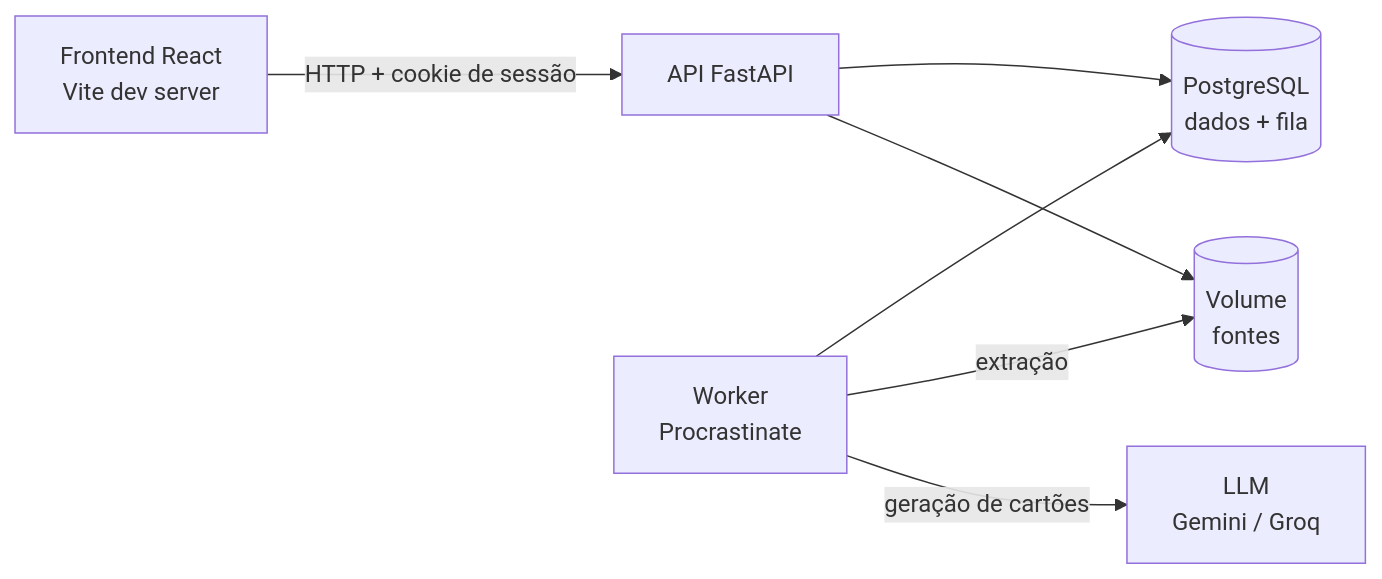
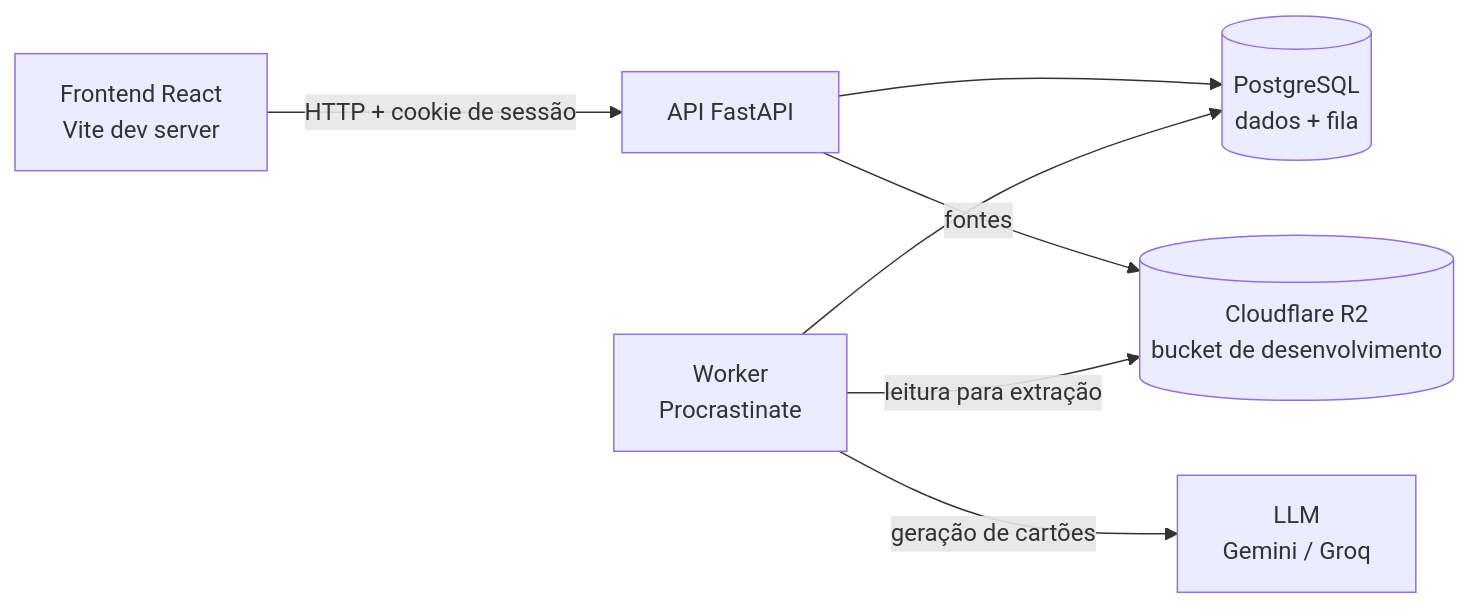
The first of 2 diagrams in docs/arquitetura/README.md (AAPW-Systems/plataforma-estudo-gamificada), drawn with Mermaid before and after one commit. The commit also changed other lines of this file and 2 other files, not shown here.

Commit message:
docs(arquitetura): revisa a DTEC 010 para guardar fontes e imagens no R2

````diff
--- a/docs/arquitetura/README.md
+++ b/docs/arquitetura/README.md
@@ -21,9 +21,9 @@
 ```mermaid
 flowchart LR
     Web[Frontend React<br/>Vite dev server] -->|HTTP + cookie de sessão| API[API FastAPI]
     API --> PG[(PostgreSQL<br/>dados + fila)]
     Worker[Worker<br/>Procrastinate] --> PG
-    Worker -->|extração| Vol[(Volume<br/>fontes)]
-    API --> Vol
+    API -->|fontes| R2[(Cloudflare R2<br/>bucket de desenvolvimento)]
+    Worker -->|leitura para extração| R2
     Worker -->|geração de cartões| LLM[LLM<br/>Gemini / Groq]
 ```
````
